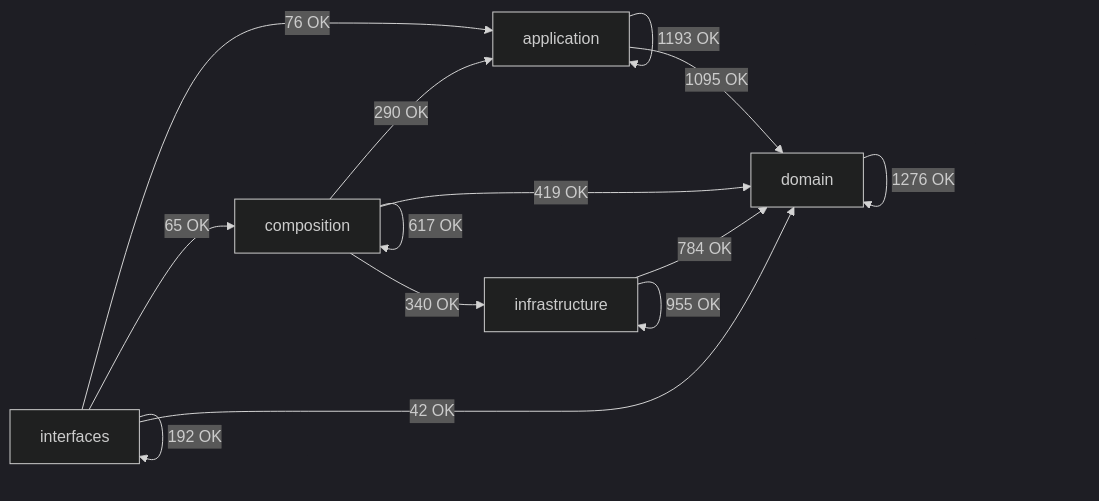
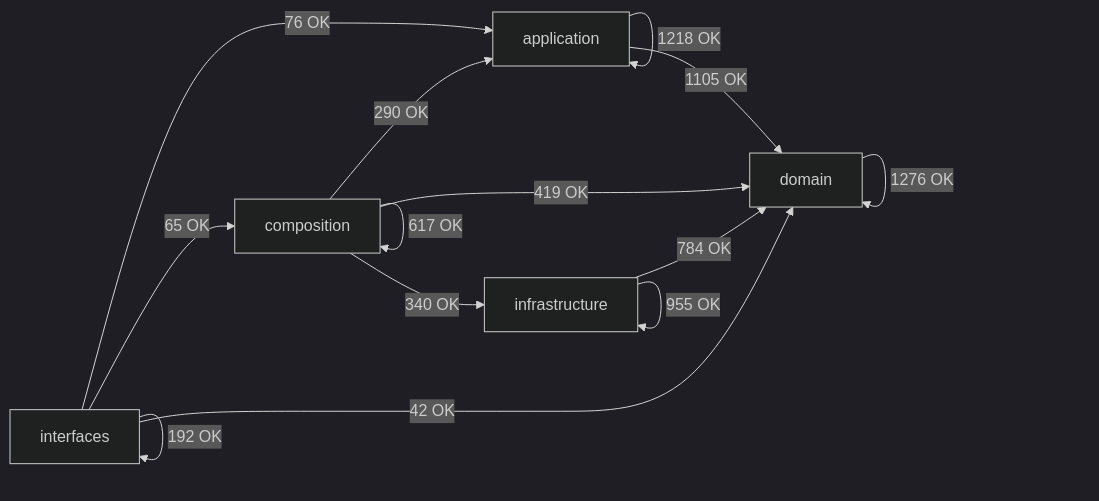
Before and after one commit to SatoryKono/BioactivityDataAcquisition: the diagram in docs/02-architecture/generated/module-dependency-map.md, drawn with Mermaid (dark theme). The commit also changed other lines of this file and 22 other files, not shown here.

````diff
--- a/docs/02-architecture/generated/module-dependency-map.md
+++ b/docs/02-architecture/generated/module-dependency-map.md
@@ -17,21 +17,21 @@
 ```mermaid
 flowchart LR
     domain[domain]
     application[application]
     infrastructure[infrastructure]
     composition[composition]
     interfaces[interfaces]
-    application -->|1193 OK| application
-    application -->|1095 OK| domain
+    application -->|1218 OK| application
+    application -->|1105 OK| domain
     composition -->|290 OK| application
     composition -->|617 OK| composition
     composition -->|419 OK| domain
     composition -->|340 OK| infrastructure
     domain -->|1276 OK| domain
     infrastructure -->|784 OK| domain
     infrastructure -->|955 OK| infrastructure
     interfaces -->|76 OK| application
     interfaces -->|65 OK| composition
     interfaces -->|42 OK| domain
     interfaces -->|192 OK| interfaces
 ```
````
